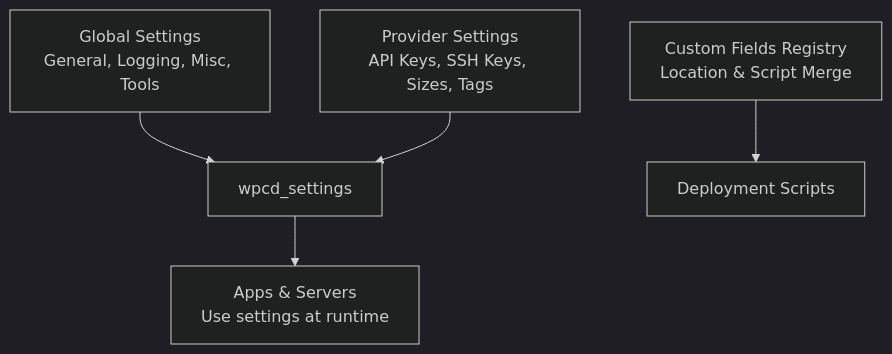
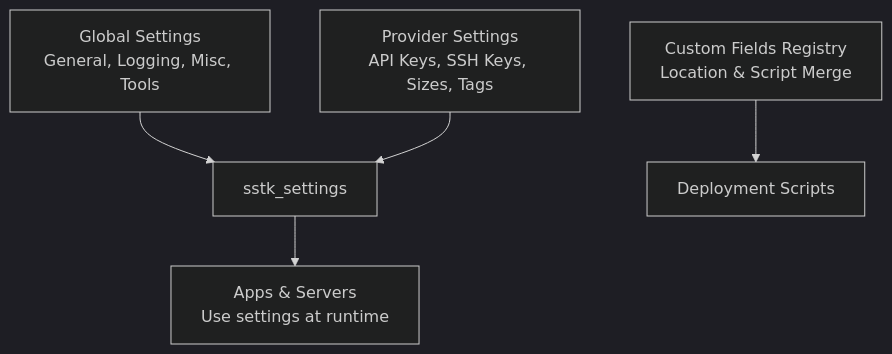
One commit to onedogsolutions/simple-stack changed the seventh of 8 diagrams in .qoder/repowiki/en/content/Core Components/Settings Management System.md. Above: the diagram before and after it, drawn with Mermaid (dark theme). The commit also changed other lines of this file and 5941 other files, not shown here.

````diff
--- a/.qoder/repowiki/en/content/Core Components/Settings Management System.md
+++ b/.qoder/repowiki/en/content/Core Components/Settings Management System.md
@@ -282,7 +283,7 @@
 ```mermaid
 graph TB
-GlobalSettings["Global Settings<br/>General, Logging, Misc, Tools"] --> OptionStore["wpcd_settings"]
+GlobalSettings["Global Settings<br/>General, Logging, Misc, Tools"] --> OptionStore["sstk_settings"]
 ProviderSettings["Provider Settings<br/>API Keys, SSH Keys, Sizes, Tags"] --> OptionStore
 CustomFields["Custom Fields Registry<br/>Location & Script Merge"] --> Scripts["Deployment Scripts"]
 OptionStore --> Applications["Apps & Servers<br/>Use settings at runtime"]
 ```
````
